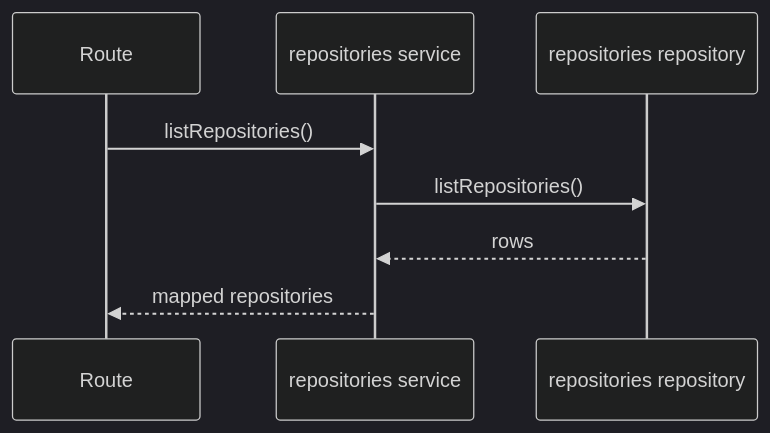
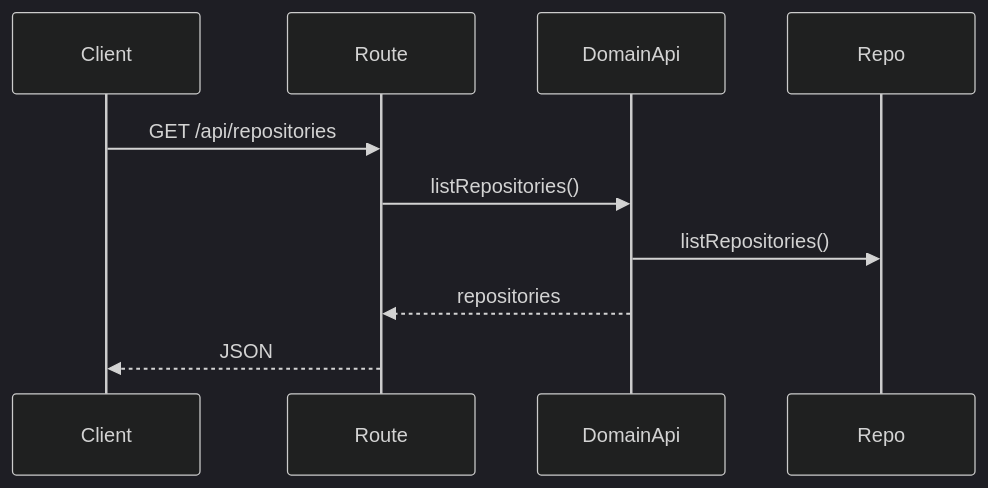
One commit to TurtleStoffel/tektite-console changed the first of 2 diagrams in src/backend/domains/repositories/README.md. Above: the diagram before and after it, drawn with Mermaid (dark theme). The commit also changed other lines of this file and 30 other files, not shown here.

Commit message:
split domainApi from service

````diff
--- a/src/backend/domains/repositories/README.md
+++ b/src/backend/domains/repositories/README.md
@@ -12,10 +12,12 @@
 ```mermaid
 sequenceDiagram
+    participant Client
     participant Route
-    participant Service as repositories service
-    participant Repo as repositories repository
-    Route->>Service: listRepositories()
-    Service->>Repo: listRepositories()
-    Repo-->>Service: rows
-    Service-->>Route: mapped repositories
+    participant DomainApi
+    participant Repo
+    Client->>Route: GET /api/repositories
+    Route->>DomainApi: listRepositories()
+    DomainApi->>Repo: listRepositories()
+    DomainApi-->>Route: repositories
+    Route-->>Client: JSON
 ```
````
